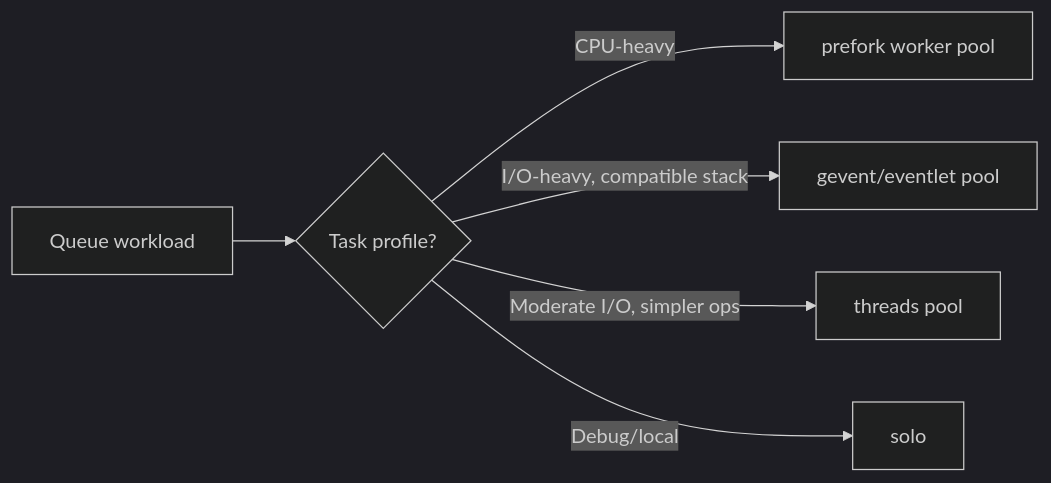
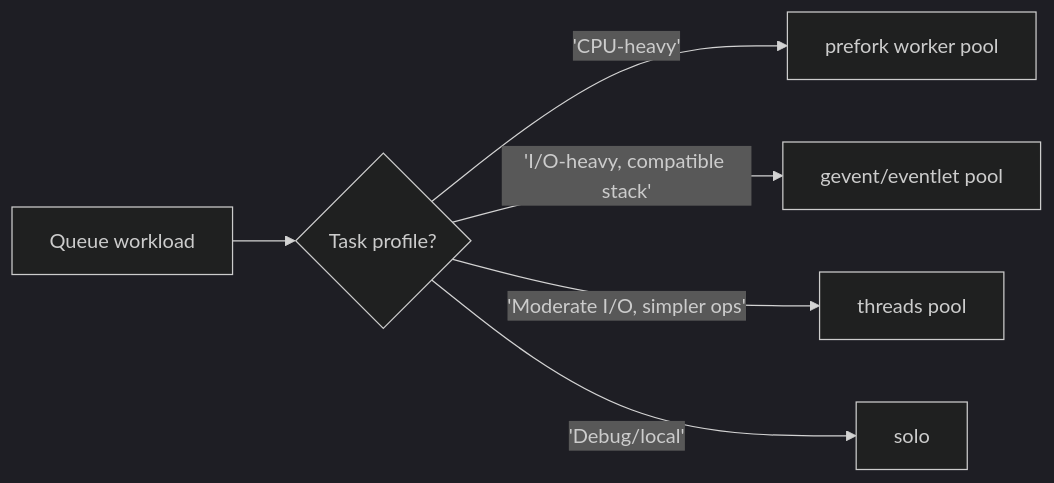
Before and after one commit to DDoSKudya/ai-study-atlas: the diagram in directions/services/celery/pact/08_worker_zhiznennyy_tsikl_puly_i_ispolnenie/11_08_8_2_concurrency_modeli.md, drawn with Mermaid (dark theme). The commit also changed 81 other files, not shown here.

Commit message:
fix(docs): make mermaid diagrams GitHub-compatible across directions content

````diff
--- a/directions/services/celery/pact/08_worker_zhiznennyy_tsikl_puly_i_ispolnenie/11_08_8_2_concurrency_modeli.md
+++ b/directions/services/celery/pact/08_worker_zhiznennyy_tsikl_puly_i_ispolnenie/11_08_8_2_concurrency_modeli.md
@@ -231,8 +231,8 @@
 ```mermaid
 flowchart LR
   W["Queue workload"] --> C{"Task profile?"}
-  C -->|"CPU-heavy"| P["prefork worker pool"]
-  C -->|"I/O-heavy, compatible stack"| G["gevent/eventlet pool"]
-  C -->|"Moderate I/O, simpler ops"| T["threads pool"]
-  C -->|"Debug/local"| S["solo"]
+  C -->|'CPU-heavy'| P["prefork worker pool"]
+  C -->|'I/O-heavy, compatible stack'| G["gevent/eventlet pool"]
+  C -->|'Moderate I/O, simpler ops'| T["threads pool"]
+  C -->|'Debug/local'| S["solo"]
 ```
````
